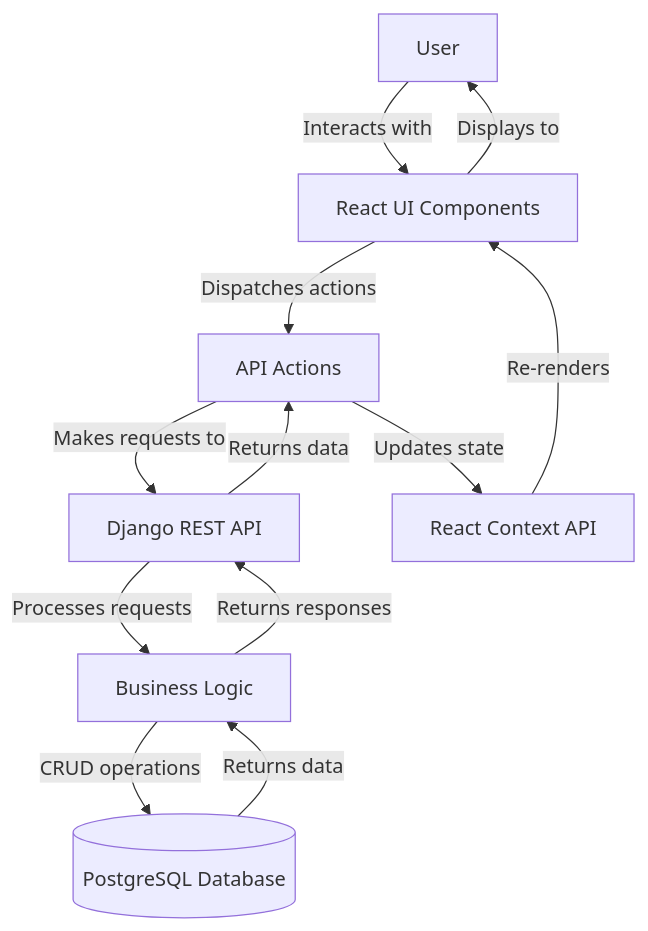
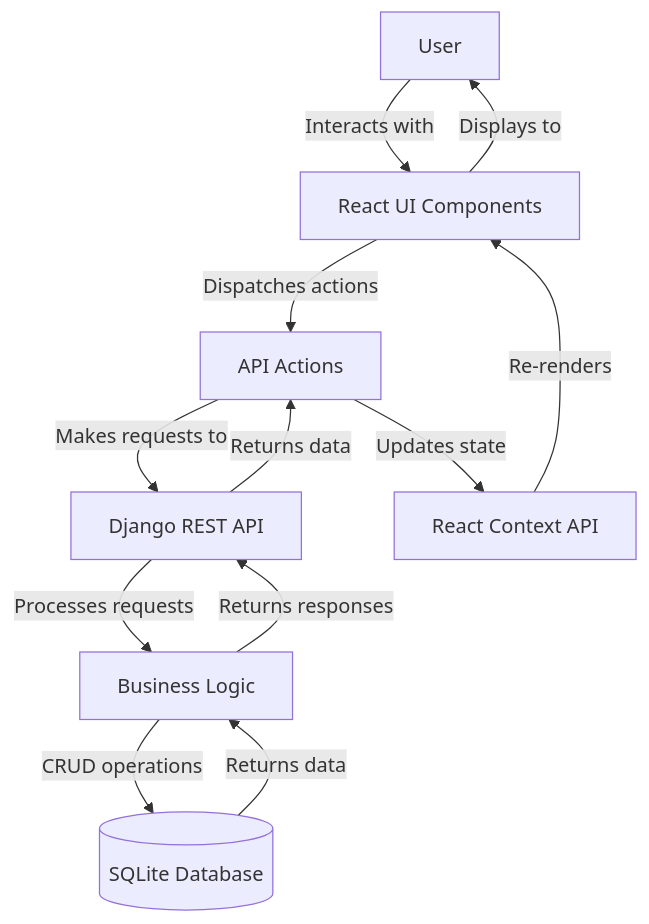
Before and after one commit to officiallyutso/Task-Heaven: the second of 6 diagrams in README.md, drawn with Mermaid. The commit also changed other lines of this file, not shown here.

````diff
--- a/README.md
+++ b/README.md
@@ -224,14 +224,14 @@
 ```mermaid
 flowchart TB
     User[User] -->|Interacts with| UI[React UI Components]
     UI -->|Dispatches actions| Actions[API Actions]
     Actions -->|Makes requests to| API[Django REST API]
     API -->|Processes requests| Logic[Business Logic]
-    Logic -->|CRUD operations| DB[(PostgreSQL Database)]
+    Logic -->|CRUD operations| DB[(SQLite Database)]
     DB -->|Returns data| Logic
     Logic -->|Returns responses| API
     API -->|Returns data| Actions
     Actions -->|Updates state| Context[React Context API]
     Context -->|Re-renders| UI
     UI -->|Displays to| User
 ```
````
